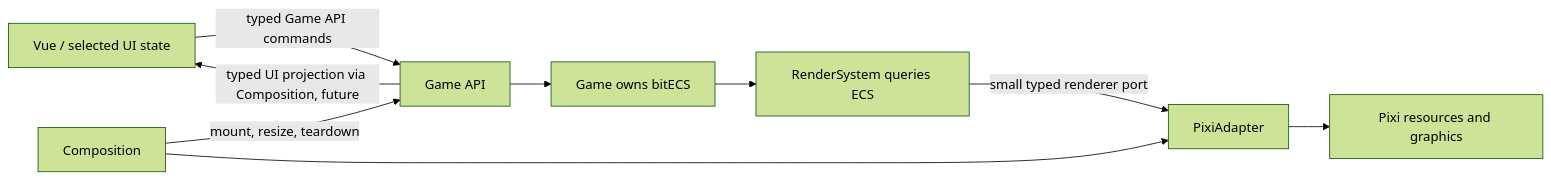
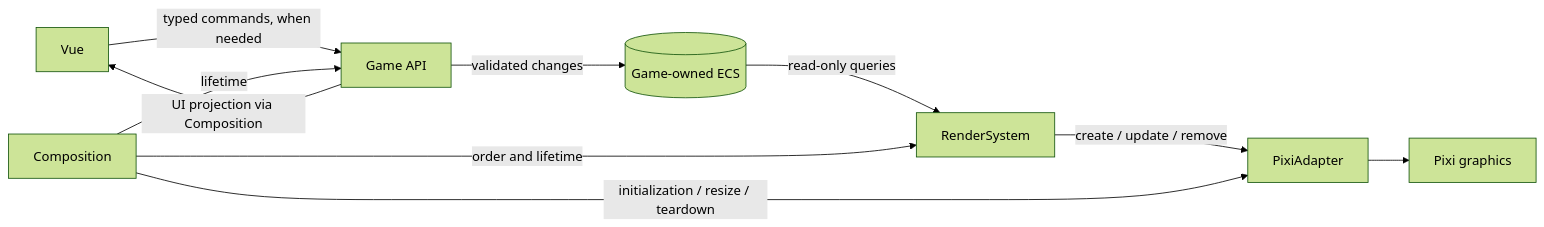
Before and after one commit to agahov/pi-games: the diagram in gpt-code-evolution/doc/communication.md, drawn with Mermaid (forest theme). The commit also changed other lines of this file and 36 other files, not shown here.

````diff
--- a/gpt-code-evolution/doc/communication.md
+++ b/gpt-code-evolution/doc/communication.md
@@ -5,11 +3,12 @@
 ```mermaid
 flowchart LR
-  UI[Vue / selected UI state] -->|typed Game API commands| API[Game API]
-  API --> G[Game owns bitECS]
-  API -->|typed UI projection via Composition, future| UI
-  G --> RS[RenderSystem queries ECS]
-  RS -->|small typed renderer port| PA[PixiAdapter]
-  PA --> P[Pixi resources and graphics]
-  C[Composition] -->|mount, resize, teardown| API
-  C --> PA
+  UI[Vue] -->|typed commands, when needed| API[Game API]
+  API -->|validated changes| ECS[(Game-owned ECS)]
+  API -->|UI projection via Composition| UI
+  ECS -->|read-only queries| RS[RenderSystem]
+  RS -->|create / update / remove| PA[PixiAdapter]
+  PA --> Graphics[Pixi graphics]
+  C[Composition] -->|order and lifetime| RS
+  C -->|initialization / resize / teardown| PA
+  C -->|lifetime| API
 ```
````
